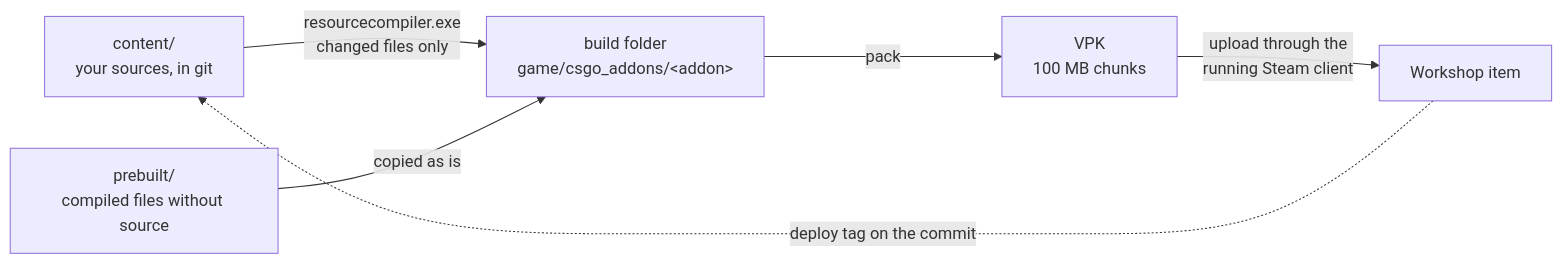
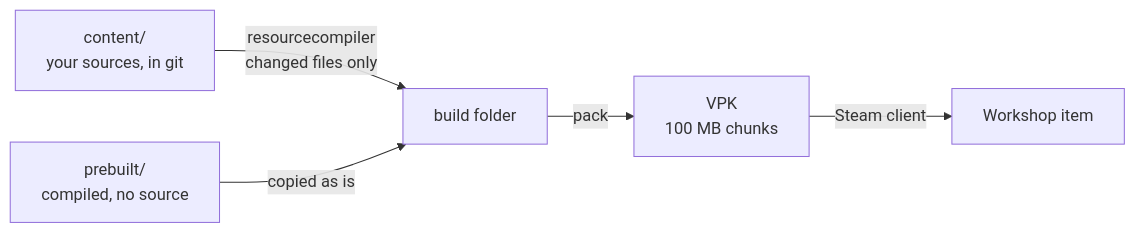
Before and after one commit to ShiNxz/AddonStudio: the diagram in README.md, drawn with Mermaid. The commit also changed other lines of this file and 1 other file, not shown here.

Commit message:
README: GitHub dialog screenshot, a simpler pipeline diagram

````diff
--- a/README.md
+++ b/README.md
@@ -64,8 +64,7 @@
 ```mermaid
 flowchart LR
-  src["content/<br/>your sources, in git"] -->|"resourcecompiler.exe<br/>changed files only"| build["build folder<br/>game/csgo_addons/&lt;addon&gt;"]
-  pre["prebuilt/<br/>compiled files without source"] -->|"copied as is"| build
+  src["content/<br/>your sources, in git"] -->|"resourcecompiler<br/>changed files only"| build["build folder"]
+  pre["prebuilt/<br/>compiled, no source"] -->|"copied as is"| build
   build -->|"pack"| vpk["VPK<br/>100 MB chunks"]
-  vpk -->|"upload through the<br/>running Steam client"| ws["Workshop item"]
-  ws -.->|"deploy tag on the commit"| src
+  vpk -->|"Steam client"| ws["Workshop item"]
 ```
````
